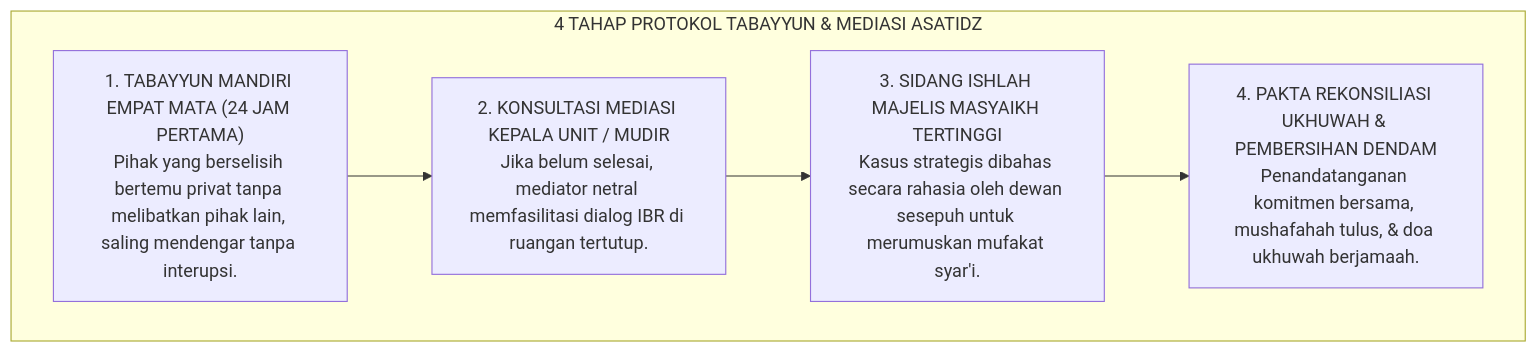
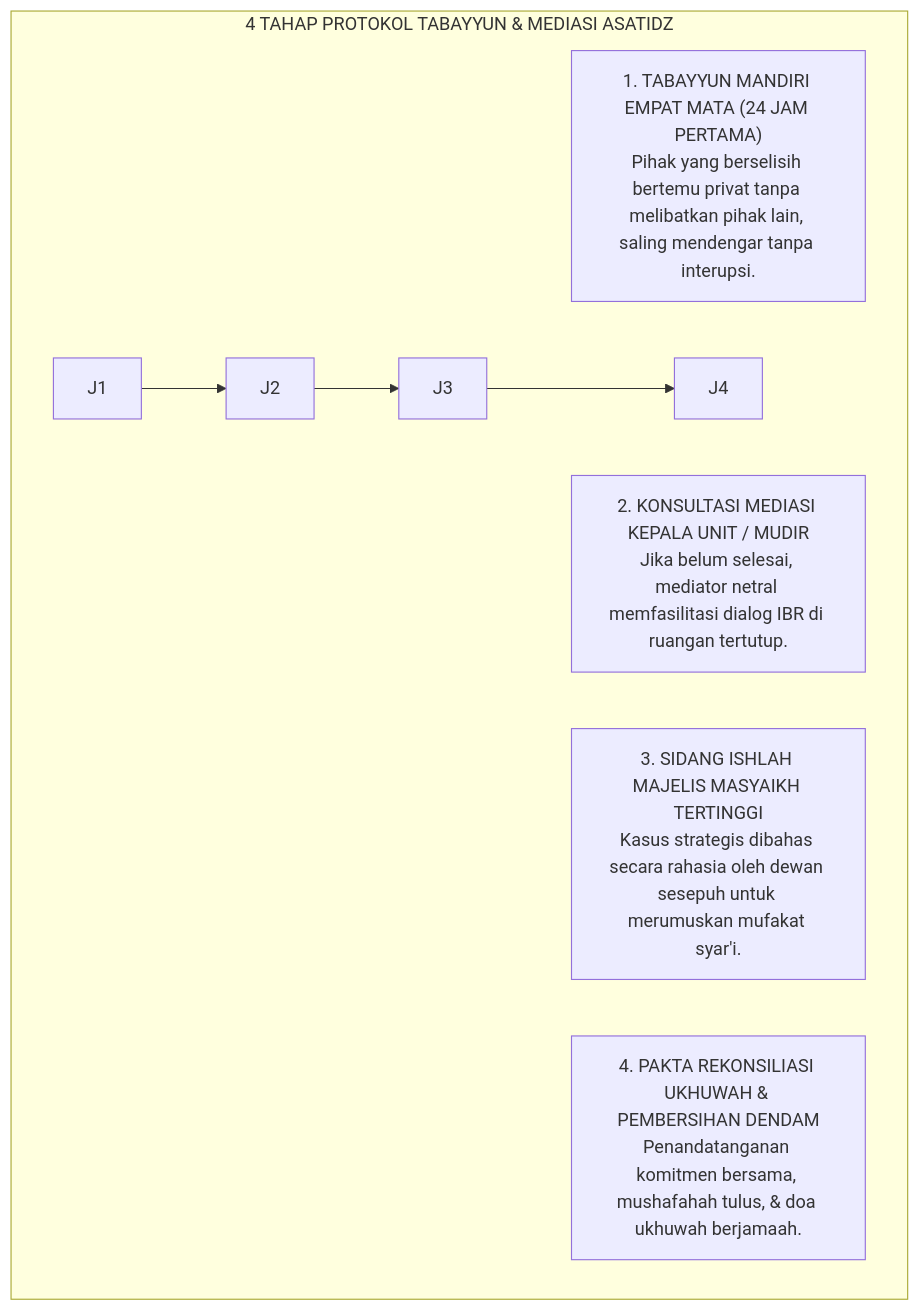
The third of 4 diagrams in 01 Philosophy/05 Leadership/P1-05-06-Manajemen-Resolusi-Konflik-Internal-Asatidz-dan-Syura.md (wandiapriliyandi/tumbuh), drawn with Mermaid before and after one commit. The commit also changed 209 other files, not shown here.

````diff
--- a/01 Philosophy/05 Leadership/P1-05-06-Manajemen-Resolusi-Konflik-Internal-Asatidz-dan-Syura.md
+++ b/01 Philosophy/05 Leadership/P1-05-06-Manajemen-Resolusi-Konflik-Internal-Asatidz-dan-Syura.md
@@ -107,14 +107,14 @@
 ```mermaid
 flowchart TD
     subgraph EmpatTahapProtokolTabayyun["4 TAHAP PROTOKOL TABAYYUN & MEDIASI ASATIDZ"]
         T1["1. TABAYYUN MANDIRI EMPAT MATA (24 JAM PERTAMA)<br/>Pihak yang berselisih bertemu privat tanpa melibatkan pihak lain, saling mendengar tanpa interupsi."]
         
         T2["2. KONSULTASI MEDIASI KEPALA UNIT / MUDIR<br/>Jika belum selesai, mediator netral memfasilitasi dialog IBR di ruangan tertutup."]
         
         T3["3. SIDANG ISHLAH MAJELIS MASYAIKH TERTINGGI<br/>Kasus strategis dibahas secara rahasia oleh dewan sesepuh untuk merumuskan mufakat syar'i."]
         
         T4["4. PAKTA REKONSILIASI UKHUWAH & PEMBERSIHAN DENDAM<br/>Penandatanganan komitmen bersama, mushafahah tulus, & doa ukhuwah berjamaah."]
         
-        T1 --> T2 --> T3 --> T4
+        J1 --> J2 --> J3 --> J4
     end
 ```
````
